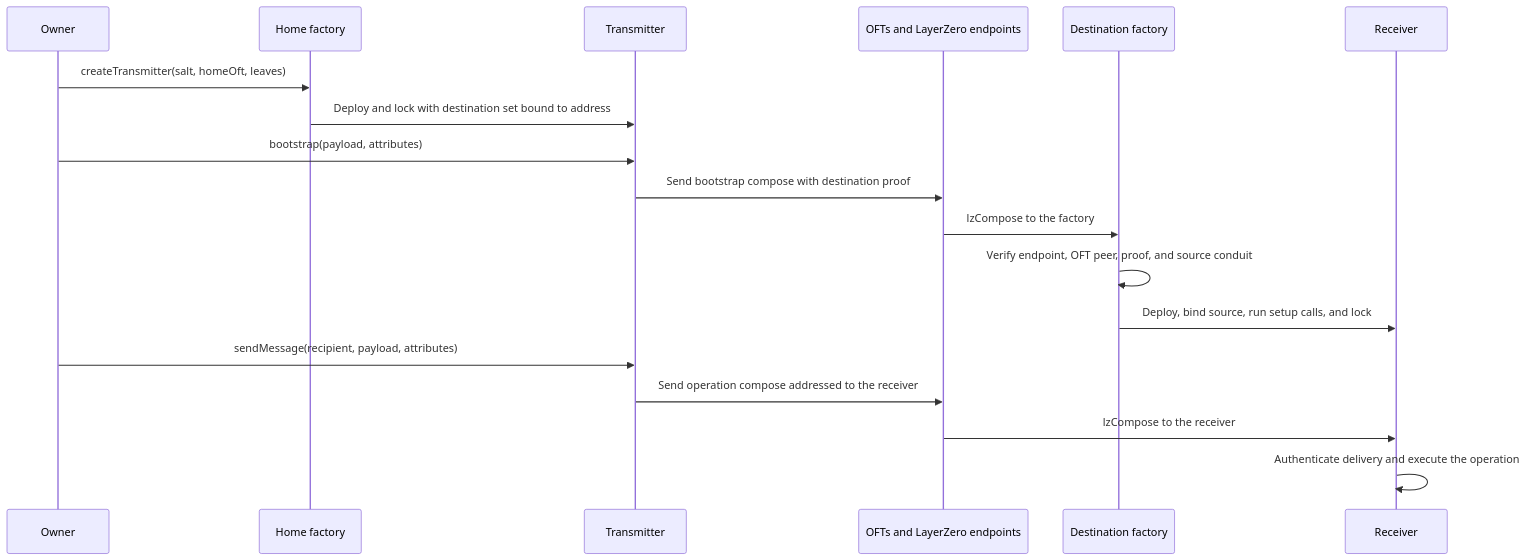
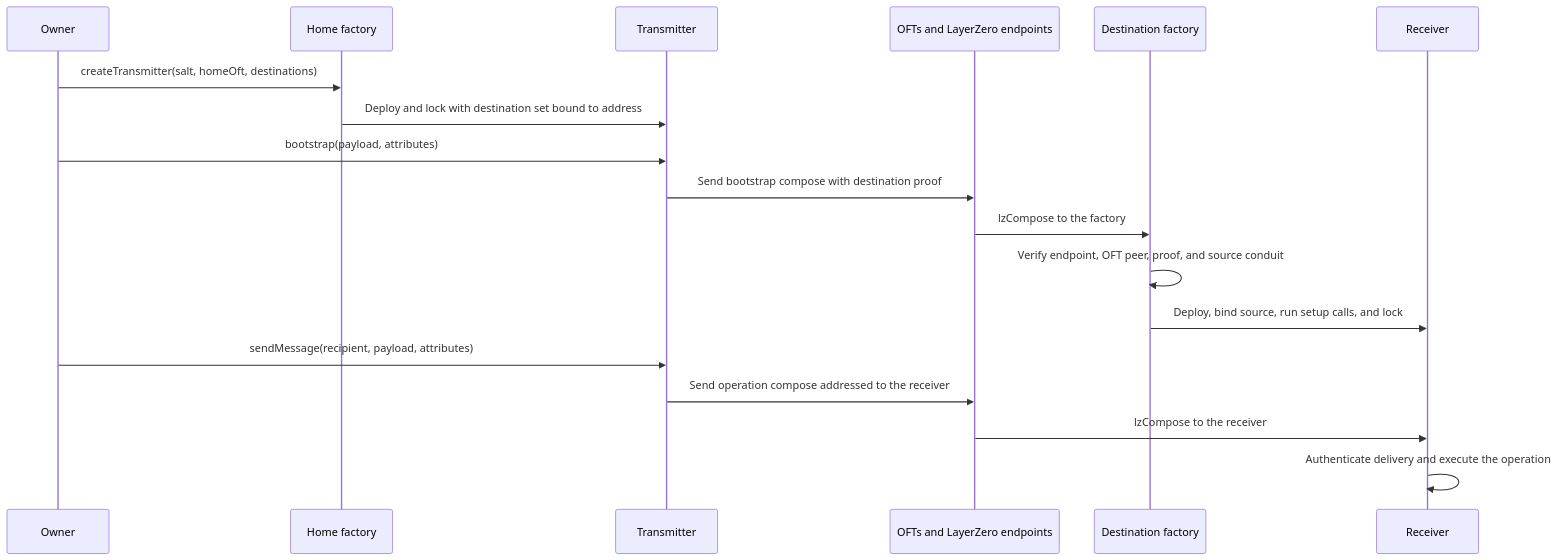
The seventh of 7 diagrams in README.md (crossecute/protocol), drawn with Mermaid before and after one commit. The commit also changed 4 other files, not shown here.

````diff
--- a/README.md
+++ b/README.md
@@ -226,21 +226,21 @@
 ```mermaid
 sequenceDiagram
     participant O as Owner
     participant H as Home factory
     participant T as Transmitter
     participant P as OFTs and LayerZero endpoints
     participant D as Destination factory
     participant R as Receiver
 
-    O->>H: createTransmitter(salt, homeOft, leaves)
+    O->>H: createTransmitter(salt, homeOft, destinations)
     H->>T: Deploy and lock with destination set bound to address
     O->>T: bootstrap(payload, attributes)
     T->>P: Send bootstrap compose with destination proof
     P->>D: lzCompose to the factory
     D->>D: Verify endpoint, OFT peer, proof, and source conduit
     D->>R: Deploy, bind source, run setup calls, and lock
     O->>T: sendMessage(recipient, payload, attributes)
     T->>P: Send operation compose addressed to the receiver
     P->>R: lzCompose to the receiver
     R->>R: Authenticate delivery and execute the operation
 ```
````
